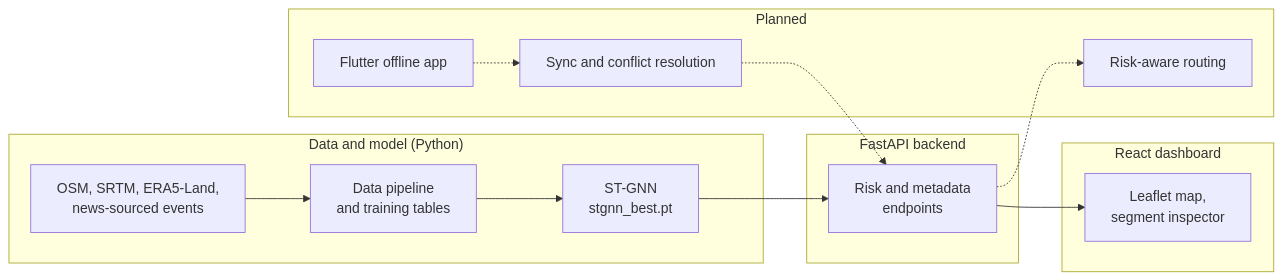
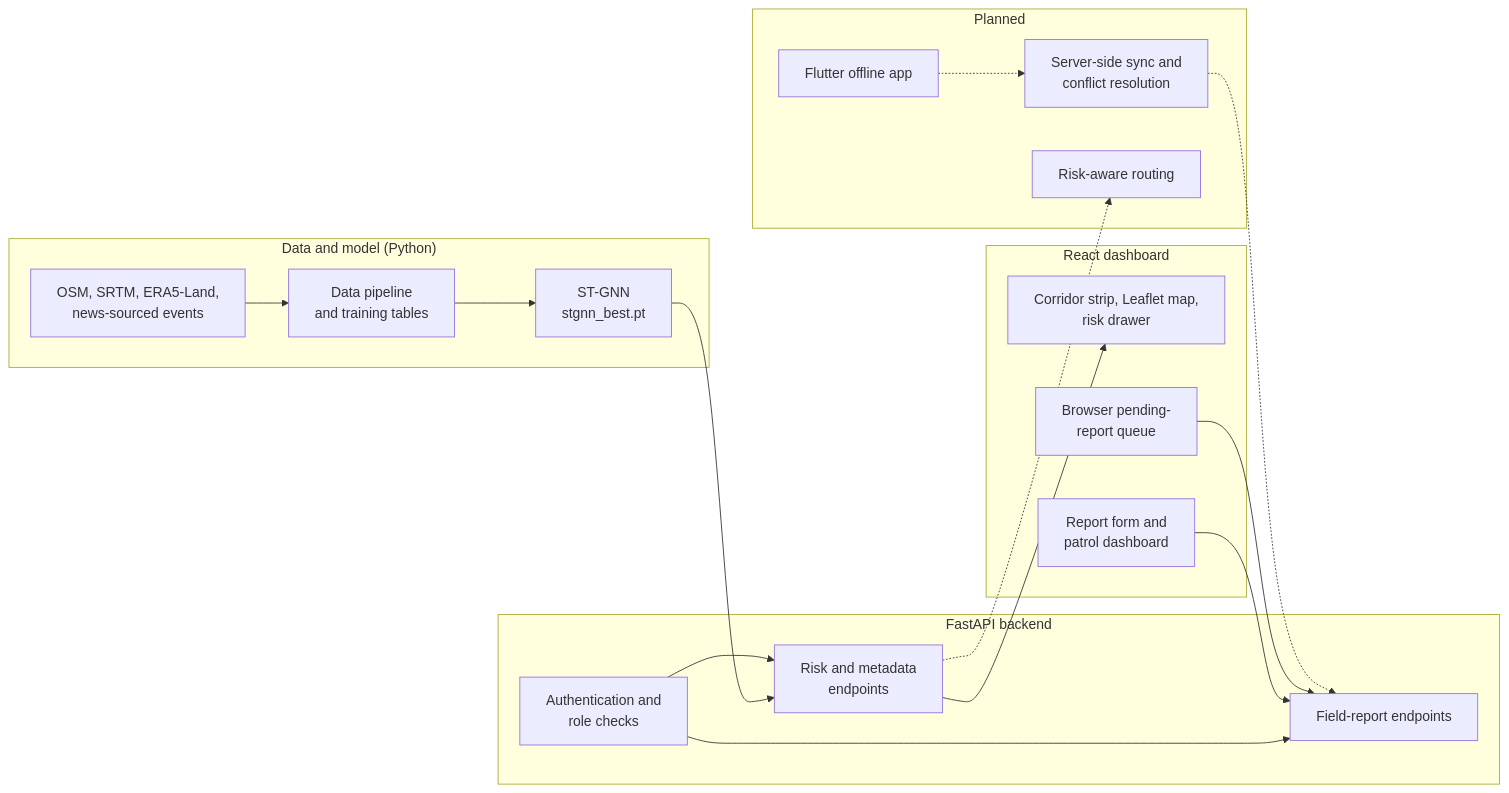
One commit to kourharshdeep/RouteWise changed the diagram in README.md. Above: the diagram before and after it, drawn with Mermaid. The commit also changed other lines of this file, not shown here.

````diff
--- a/README.md
+++ b/README.md
@@ -104,21 +124,29 @@
 ```mermaid
 flowchart LR
   subgraph DATA["Data and model (Python)"]
     SRC["OSM, SRTM, ERA5-Land,<br/>news-sourced events"] --> PIPE["Data pipeline<br/>and training tables"]
     PIPE --> MODEL["ST-GNN<br/>stgnn_best.pt"]
   end
   subgraph BACKEND["FastAPI backend"]
+    AUTH["Authentication and<br/>role checks"]
     API["Risk and metadata<br/>endpoints"]
+    REP["Field-report endpoints"]
   end
   subgraph WEB["React dashboard"]
-    MAP["Leaflet map,<br/>segment inspector"]
+    MAP["Corridor strip, Leaflet map,<br/>risk drawer"]
+    OPS["Report form and<br/>patrol dashboard"]
+    QUEUE["Browser pending-<br/>report queue"]
   end
   MODEL --> API --> MAP
+  AUTH --> API
+  AUTH --> REP
+  OPS --> REP
+  QUEUE --> REP
   subgraph PLANNED["Planned"]
     APP["Flutter offline app"]
-    SYNC["Sync and conflict resolution"]
+    SYNC["Server-side sync and<br/>conflict resolution"]
     ROUTE["Risk-aware routing"]
   end
-  APP -.-> SYNC -.-> API
+  APP -.-> SYNC -.-> REP
   API -.-> ROUTE
 ```
````
